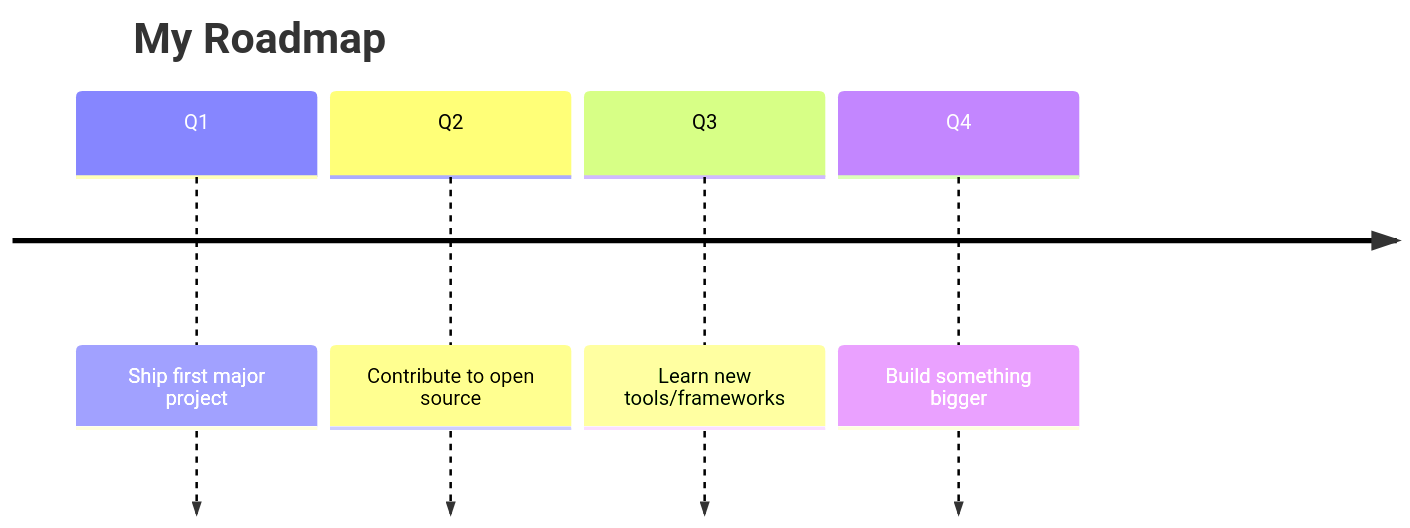
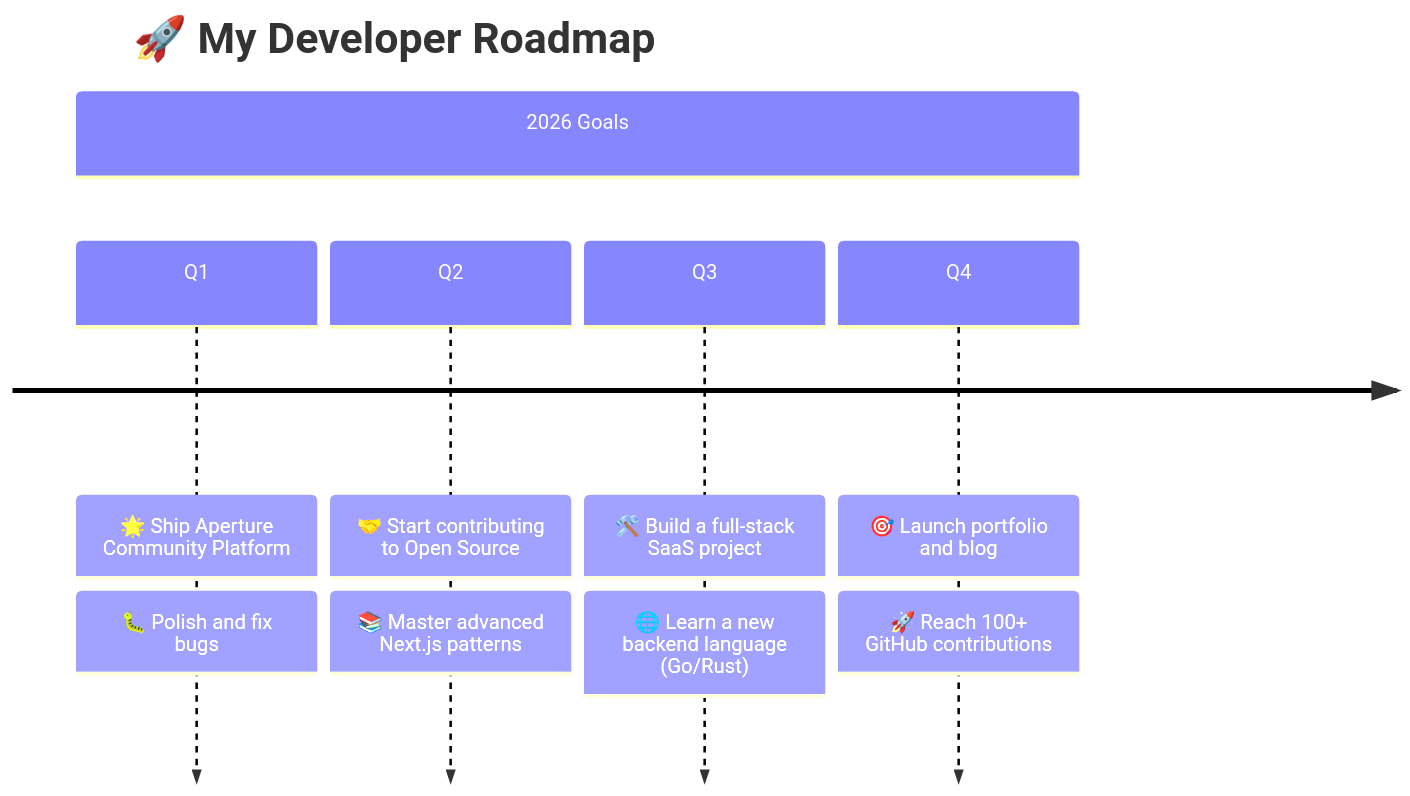
Before and after one commit to AIoniser/AIoniser: the diagram in README.md, drawn with Mermaid. The commit also changed other lines of this file, not shown here.

Commit message:
Remove milestones and improve roadmap

````diff
--- a/README.md
+++ b/README.md
@@ -145,8 +107,13 @@
 ```mermaid
 timeline
-    title My Roadmap
-    Q1 : Ship first major project
-    Q2 : Contribute to open source
-    Q3 : Learn new tools/frameworks
-    Q4 : Build something bigger
+    title 🚀 My Developer Roadmap
+    section 2026 Goals
+    Q1 : 🌟 Ship Aperture Community Platform
+       : 🐛 Polish and fix bugs
+    Q2 : 🤝 Start contributing to Open Source
+       : 📚 Master advanced Next.js patterns
+    Q3 : 🛠️ Build a full-stack SaaS project
+       : 🌐 Learn a new backend language (Go/Rust)
+    Q4 : 🎯 Launch portfolio and blog
+       : 🚀 Reach 100+ GitHub contributions
 ```
````
